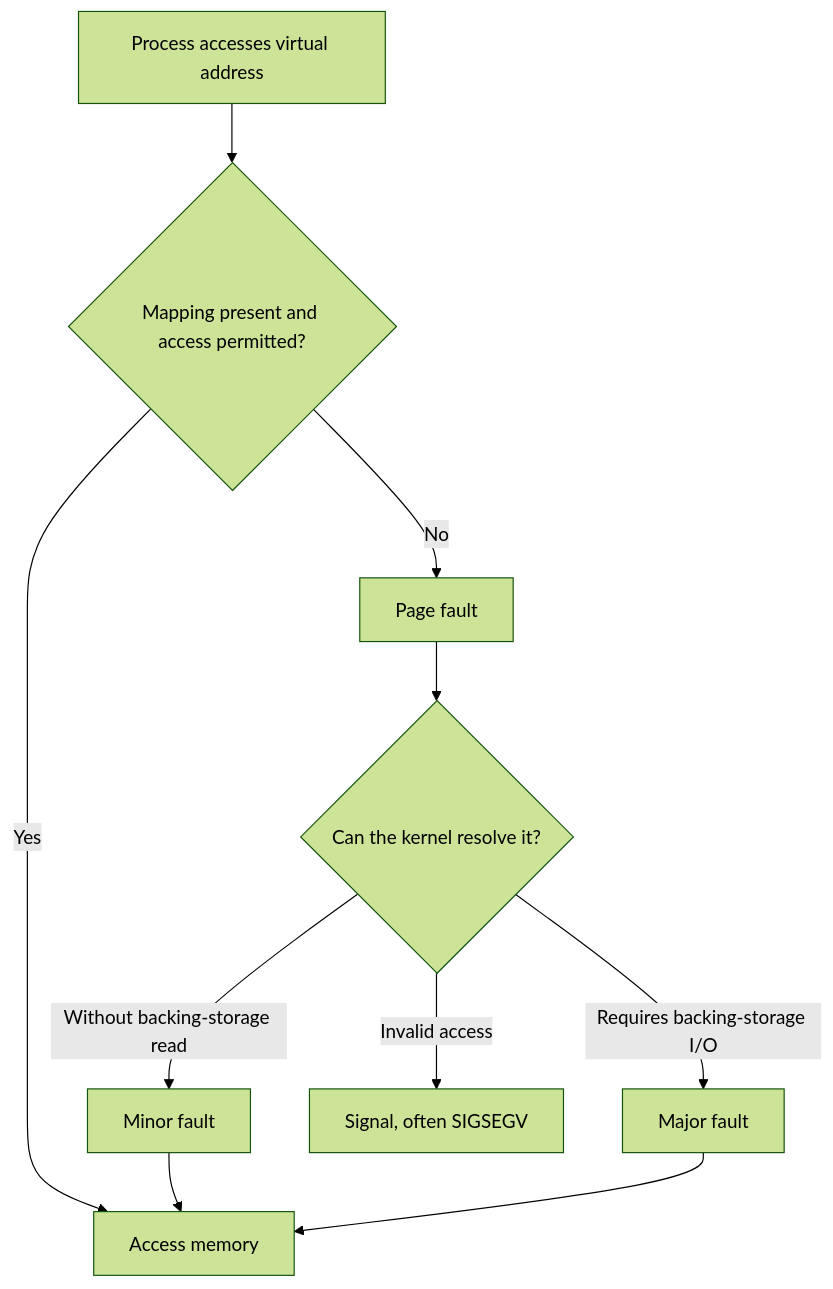
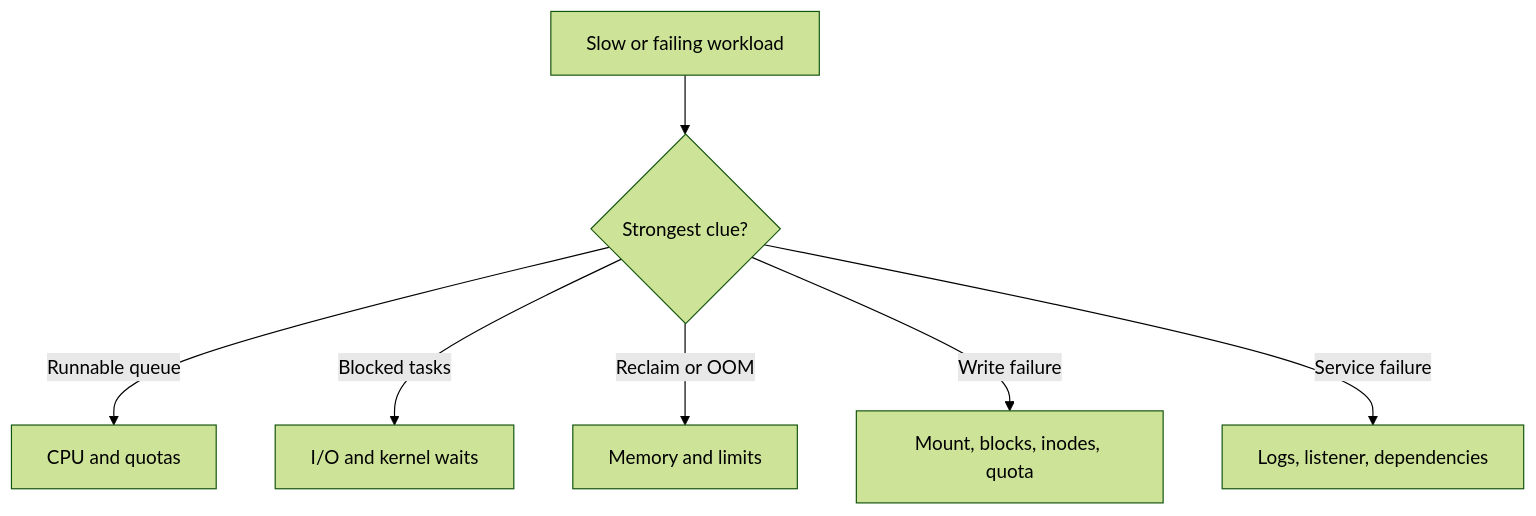
One commit to tiendu/tiendu.github.io changed the first of 2 diagrams in src/content/blog/2026-09-04-systems-troubleshooting-useful-stuff.md. Above: the diagram before and after it, drawn with Mermaid (forest theme). The commit also changed other lines of this file, not shown here.

````diff
--- a/src/content/blog/2026-09-04-systems-troubleshooting-useful-stuff.md
+++ b/src/content/blog/2026-09-04-systems-troubleshooting-useful-stuff.md
@@ -264,14 +53,11 @@
 ```mermaid
 flowchart TD
-    accTitle: Virtual pages and page faults
-    accDescr: A page access can proceed immediately, require a minor or major fault, or fail if the access is invalid.
-    A["Process accesses virtual address"] --> B{"Mapping present and access permitted?"}
-    B -->|Yes| C["Access memory"]
-    B -->|No| D["Page fault"]
-    D --> E{"Can the kernel resolve it?"}
-    E -->|"Without backing-storage read"| F["Minor fault"]
-    E -->|"Requires backing-storage I/O"| G["Major fault"]
-    E -->|"Invalid access"| H["Signal, often SIGSEGV"]
-    F --> C
-    G --> C
+    accTitle: First pass at a slow Linux host
+    accDescr: Follow the strongest observed symptom instead of assuming every slowdown is caused by CPU or memory.
+    A["Slow or failing workload"] --> B{"Strongest clue?"}
+    B -->|"Runnable queue"| C["CPU and quotas"]
+    B -->|"Blocked tasks"| D["I/O and kernel waits"]
+    B -->|"Reclaim or OOM"| E["Memory and limits"]
+    B -->|"Write failure"| F["Mount, blocks, inodes, quota"]
+    B -->|"Service failure"| G["Logs, listener, dependencies"]
 ```
````
